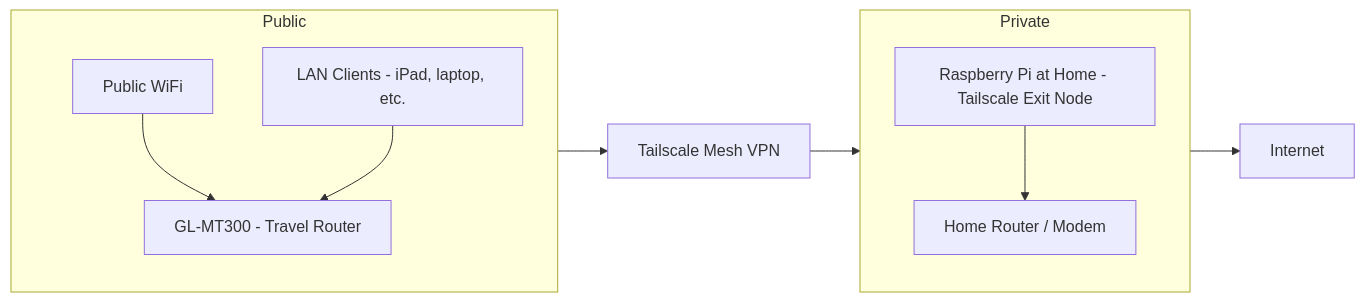
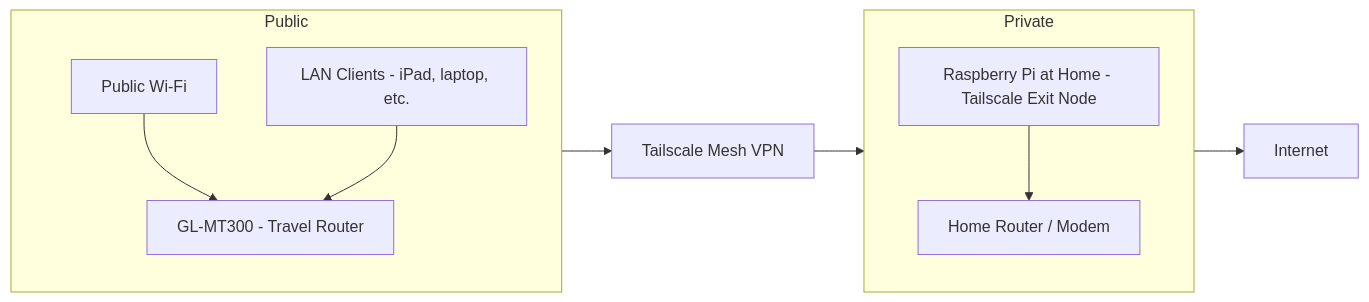
The diagram in GUIDE_GL_MT3000_EXIT_NODE.md (natonet-labs/tailscale-pi-exit-node), drawn with Mermaid before and after one commit. The commit also changed other lines of this file and 3 other files, not shown here.

````diff
--- a/GUIDE_GL_MT3000_EXIT_NODE.md
+++ b/GUIDE_GL_MT3000_EXIT_NODE.md
@@ -9,32 +11,32 @@
 ```mermaid
 flowchart LR
     %% Core devices
-    H[Public WiFi]
+    H[Public Wi-Fi]
     M[GL-MT300 - Travel Router]
     L[LAN Clients - iPad, laptop, etc.]
     T[Tailscale Mesh VPN]
     R[Home Router / Modem]
     P[Raspberry Pi at Home - Tailscale Exit Node]
     I[Internet]
 
     %% Local network at hotel
     H --> M
     L --> M
 
     %% Tailscale path and exit node
     M --> T --> P --> R --> I
 
     %% Logical roles
     subgraph Hotel_Site[Public]
         direction TB
         H
         M
         L
     end
 
     subgraph Home_Site[Private]
         direction TB
         R
         P
     end
 ```
````
